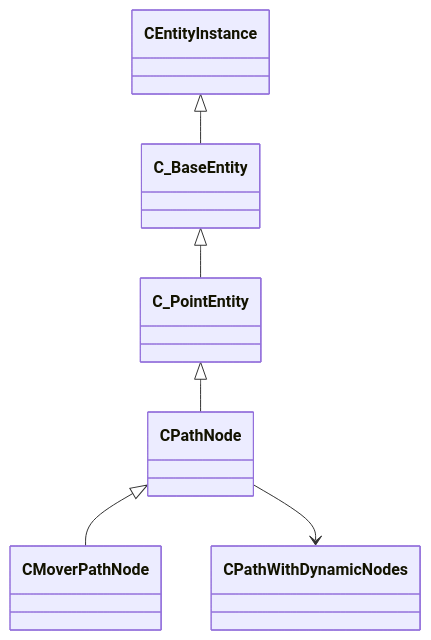
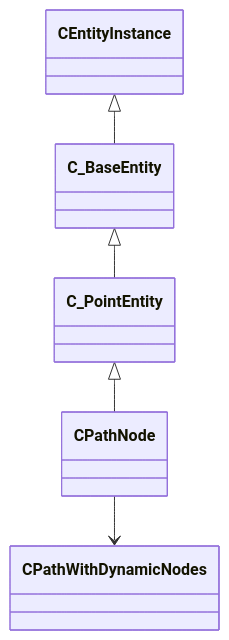
Before and after one commit to CS2OpenDev/CS2OpenDev-Docs: the diagram in docs/generated/schemas/client/CPathNode.md, drawn with Mermaid. The commit also changed other lines of this file and 4525 other files, not shown here.

````diff
--- a/docs/generated/schemas/client/CPathNode.md
+++ b/docs/generated/schemas/client/CPathNode.md
@@ -19,8 +21,7 @@
 ```mermaid
 classDiagram
     C_PointEntity <|-- CPathNode
     C_BaseEntity <|-- C_PointEntity
     CEntityInstance <|-- C_BaseEntity
-    CPathNode <|-- CMoverPathNode
     CPathNode --> CPathWithDynamicNodes
 ```
````
